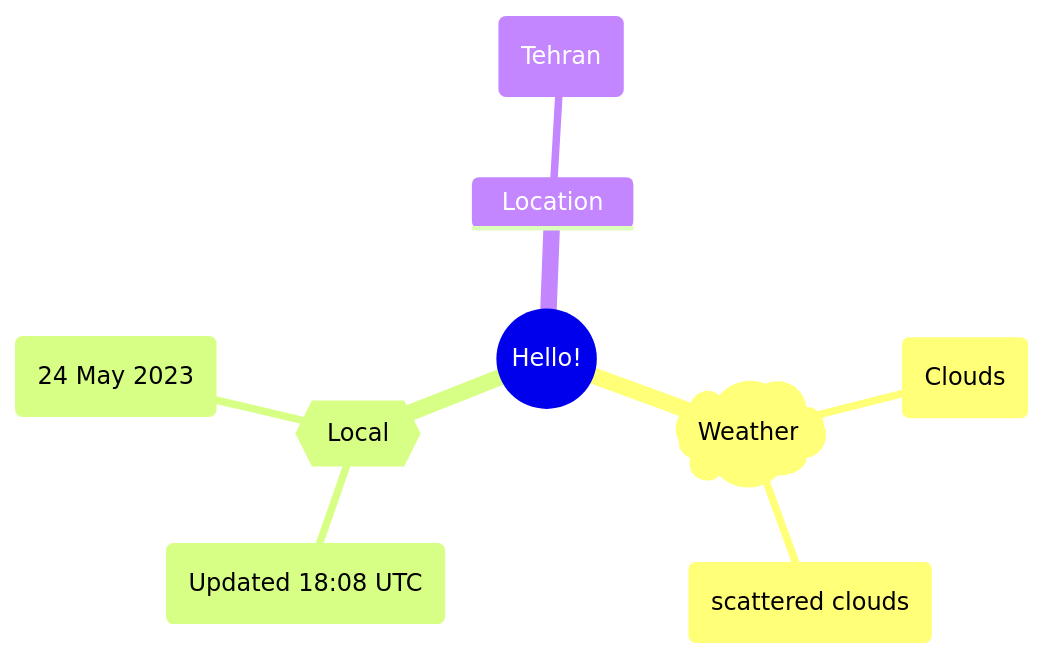
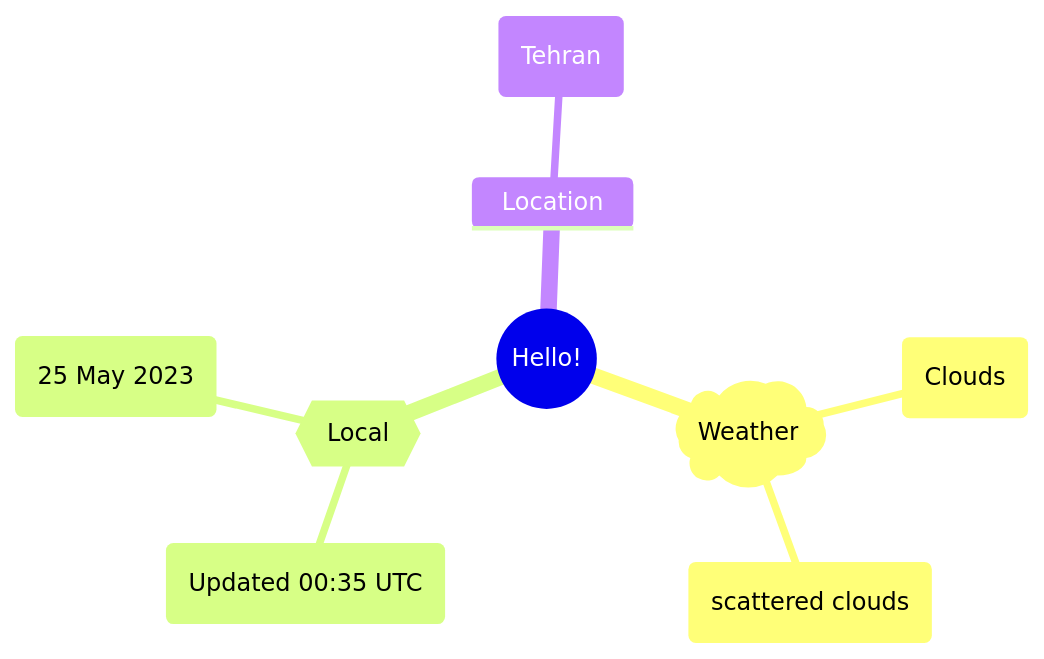
Before and after one commit to Xosrov/Xosrov: the first of 2 diagrams in README.md, drawn with Mermaid.

Commit message:
[bot] updated images

````diff
--- a/README.md
+++ b/README.md
@@ -3,12 +3,12 @@
 ```mermaid
 mindmap
   root((Hello!))
     )Weather(
         (Clouds)
         (scattered clouds)
     {{Local}}
-        (Updated 18:08 UTC)
-        (24 May 2023)
+        (Updated 00:35 UTC)
+        (25 May 2023)
     Location
         (Tehran)
 ```
````
